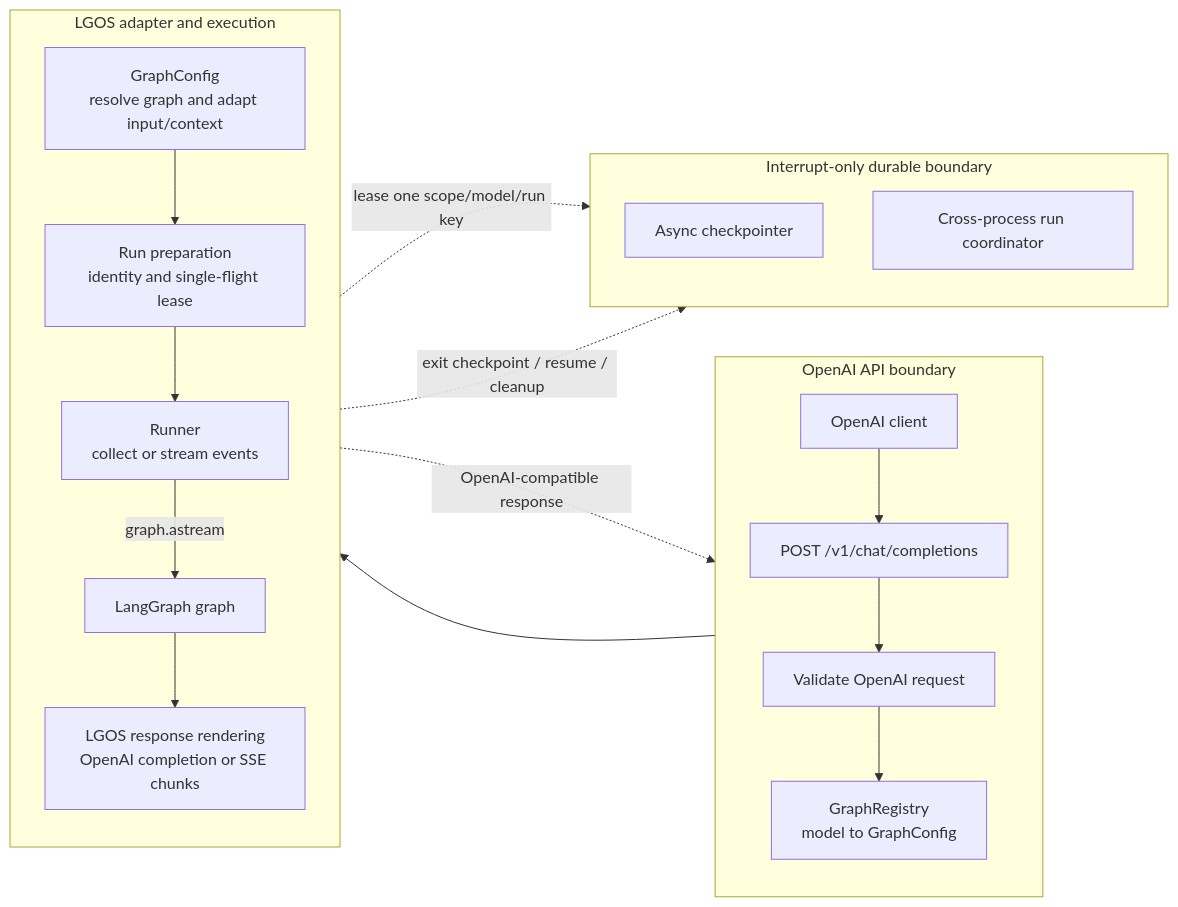
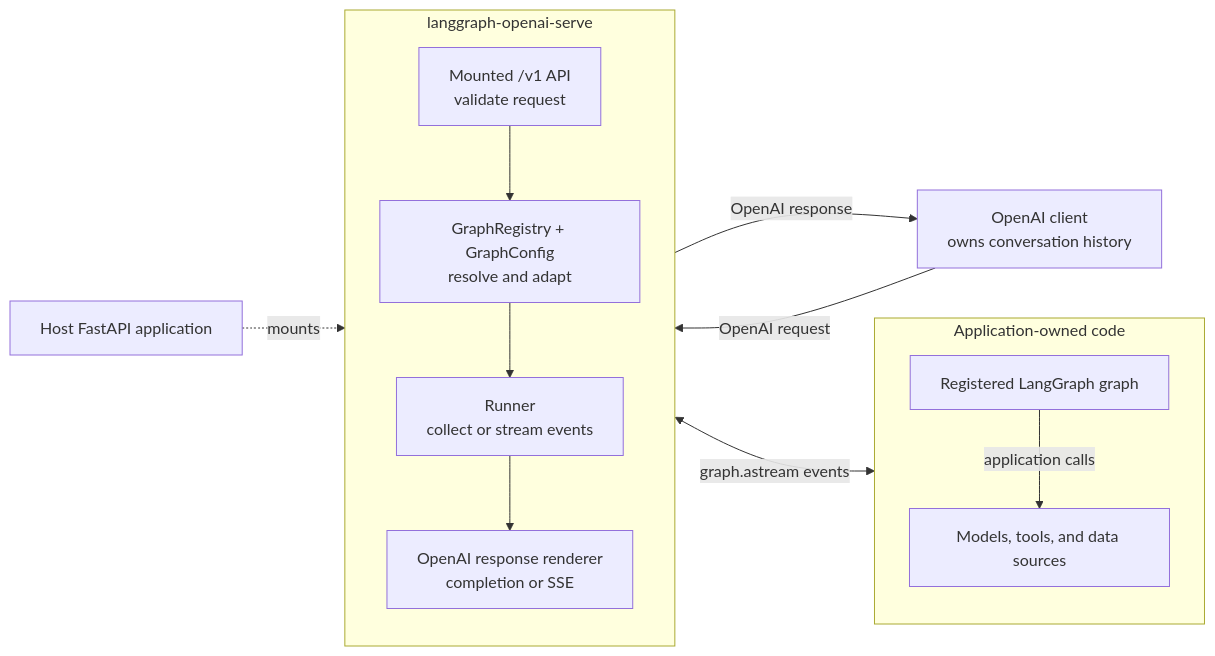
The first of 2 diagrams in docs/explanation/architecture.md (ilkersigirci/langgraph-openai-serve), drawn with Mermaid before and after one commit. The commit also changed other lines of this file and 1 other file, not shown here.

Commit message:
feat: architecture docs clear mermaid diagrams

````diff
--- a/docs/explanation/architecture.md
+++ b/docs/explanation/architecture.md
@@ -6,29 +9,27 @@
 ```mermaid
 flowchart LR
-  subgraph api["OpenAI API boundary"]
+  client["OpenAI client<br/>owns conversation history"]
+  host["Host FastAPI application"]
+
+  subgraph lgos["langgraph-openai-serve"]
     direction TB
-    A["OpenAI client"] --> B["POST /v1/chat/completions"]
-    B --> C["Validate OpenAI request"]
-    C --> D["GraphRegistry<br/>model to GraphConfig"]
+    api["Mounted /v1 API<br/>validate request"]
+    config["GraphRegistry + GraphConfig<br/>resolve and adapt"]
+    runner["Runner<br/>collect or stream events"]
+    render["OpenAI response renderer<br/>completion or SSE"]
+
+    api --> config --> runner --> render
   end
 
-  subgraph execution["LGOS adapter and execution"]
+  subgraph application["Application-owned code"]
     direction TB
-    E["GraphConfig<br/>resolve graph and adapt input/context"]
-    E --> F["Run preparation<br/>identity and single-flight lease"]
-    F --> G["Runner<br/>collect or stream events"]
-    G -->|graph.astream| H["LangGraph graph"]
-    H --> I["LGOS response rendering<br/>OpenAI completion or SSE chunks"]
+    app_graph["Registered LangGraph graph"]
+    dependencies["Models, tools, and data sources"]
+    app_graph -->|"application calls"| dependencies
   end
 
-  subgraph durable["Interrupt-only durable boundary"]
-    direction TB
-    J["Async checkpointer"]
-    K["Cross-process run coordinator"]
-  end
-
-  D --> E
-  F -.->|lease one scope/model/run key| K
-  H -.->|exit checkpoint / resume / cleanup| J
-  I -.->|OpenAI-compatible response| A
+  client -->|"OpenAI request"| api
+  host -.->|"mounts"| api
+  runner <-->|"graph.astream events"| app_graph
+  render -->|"OpenAI response"| client
 ```
````
